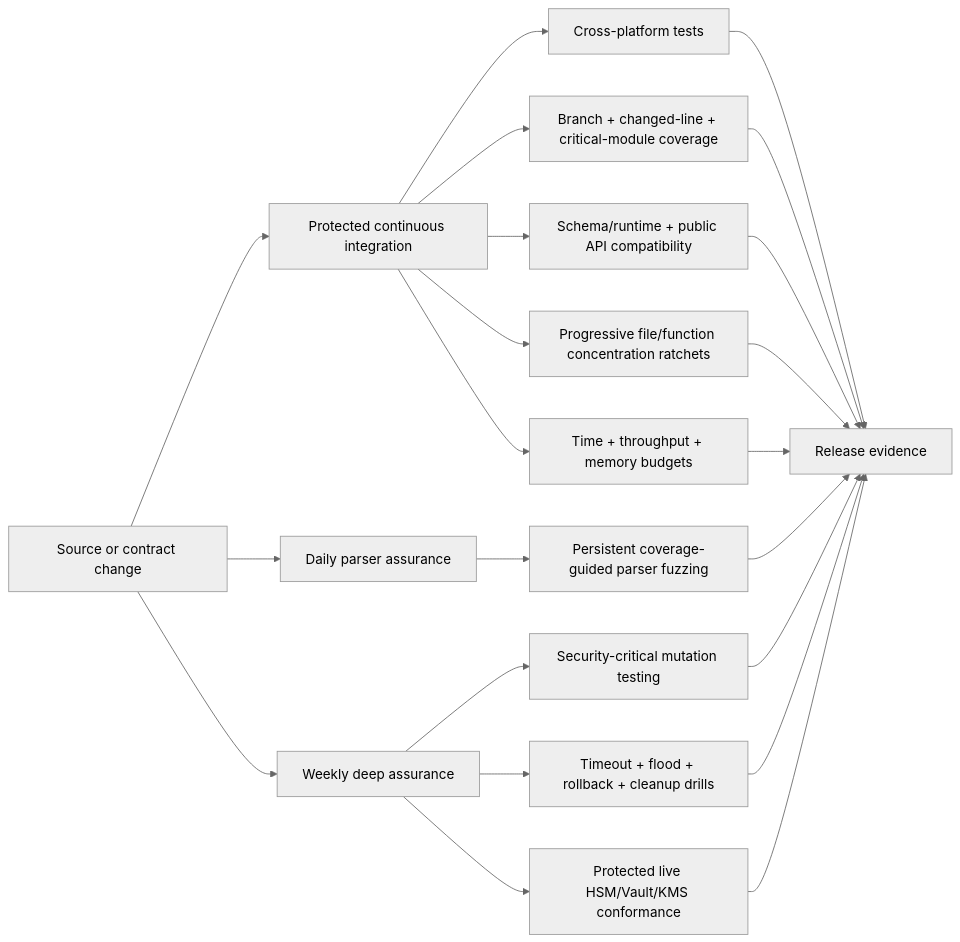
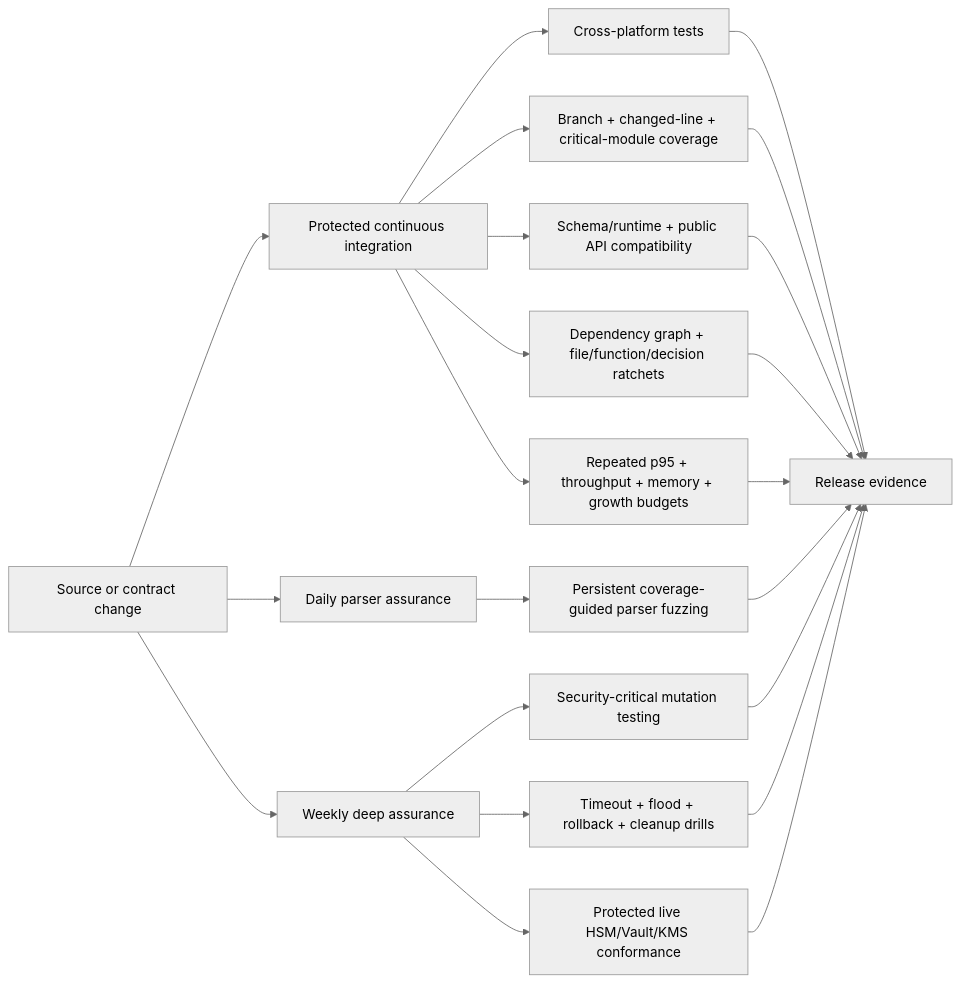
The ninth of 19 diagrams in docs/design.md (willtran87/project-py-security-suite), drawn with Mermaid (neutral theme) before and after one commit. The commit also changed other lines of this file and 84 other files, not shown here.

````diff
--- a/docs/design.md
+++ b/docs/design.md
@@ -418,24 +418,24 @@
 ```mermaid
 flowchart LR
     Change[Source or contract change] --> CI[Protected continuous integration]
     CI --> Tests[Cross-platform tests]
     CI --> Coverage[Branch + changed-line + critical-module coverage]
     CI --> Schema[Schema/runtime + public API compatibility]
-    CI --> Architecture[Progressive file/function concentration ratchets]
-    CI --> Performance[Time + throughput + memory budgets]
+    CI --> Architecture[Dependency graph + file/function/decision ratchets]
+    CI --> Performance[Repeated p95 + throughput + memory + growth budgets]
     Change --> Daily[Daily parser assurance]
     Daily --> Fuzz[Persistent coverage-guided parser fuzzing]
     Change --> Weekly[Weekly deep assurance]
     Weekly --> Mutation[Security-critical mutation testing]
     Weekly --> Resilience[Timeout + flood + rollback + cleanup drills]
     Weekly --> Providers[Protected live HSM/Vault/KMS conformance]
     Tests --> Gate[Release evidence]
     Coverage --> Gate
     Schema --> Gate
     Architecture --> Gate
     Performance --> Gate
     Mutation --> Gate
     Fuzz --> Gate
     Resilience --> Gate
     Providers --> Gate
 ```
````
